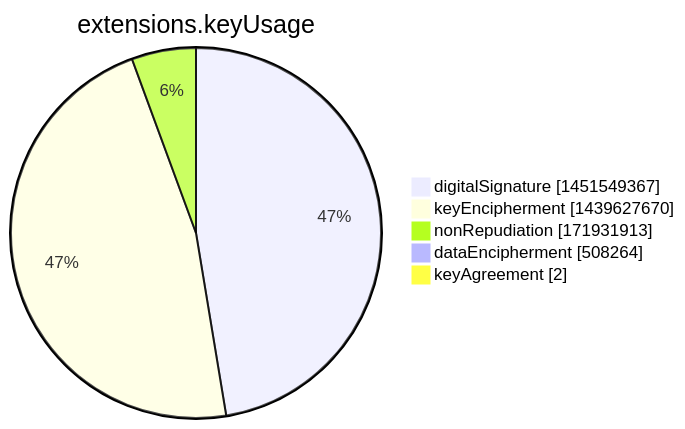
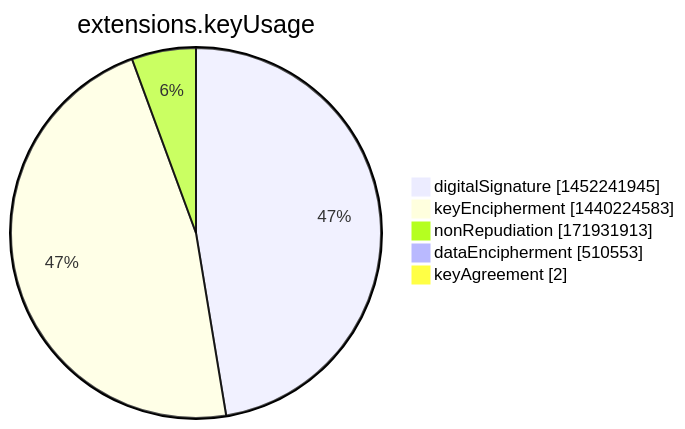
One commit to christiankrug/ctmonitor_visualization changed the seventh of 15 diagrams in argon2022/README.md. Above: the diagram before and after it, drawn with Mermaid. The commit also changed other lines of this file, not shown here.

````diff
--- a/argon2022/README.md
+++ b/argon2022/README.md
@@ -2751,9 +2751,9 @@
 ```mermaid
 pie showData
 title extensions.keyUsage
-"digitalSignature" :1451549367
-"keyEncipherment" :1439627670
+"digitalSignature" :1452241945
+"keyEncipherment" :1440224583
 "nonRepudiation" :171931913
-"dataEncipherment" :508264
+"dataEncipherment" :510553
 "keyAgreement" :2
 ```
````
